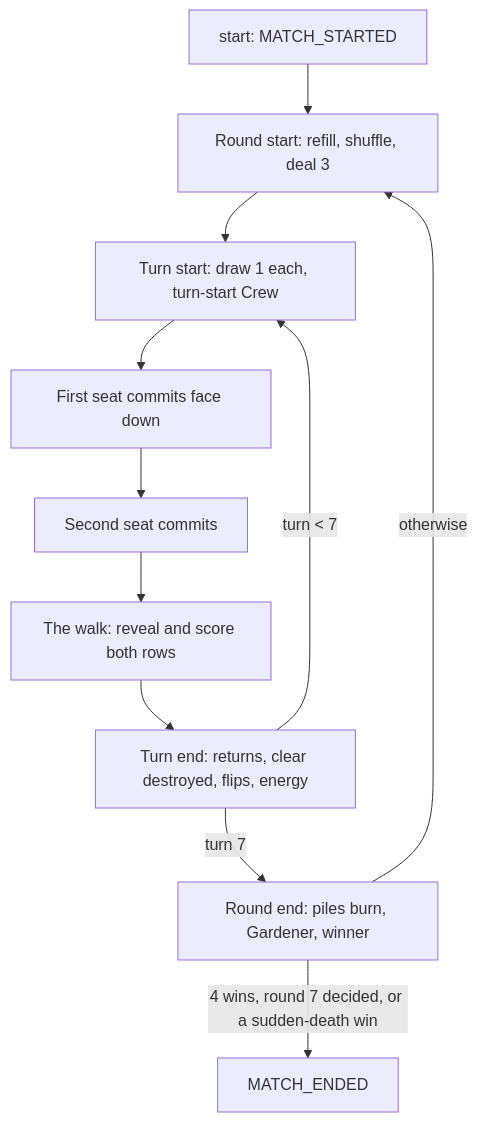
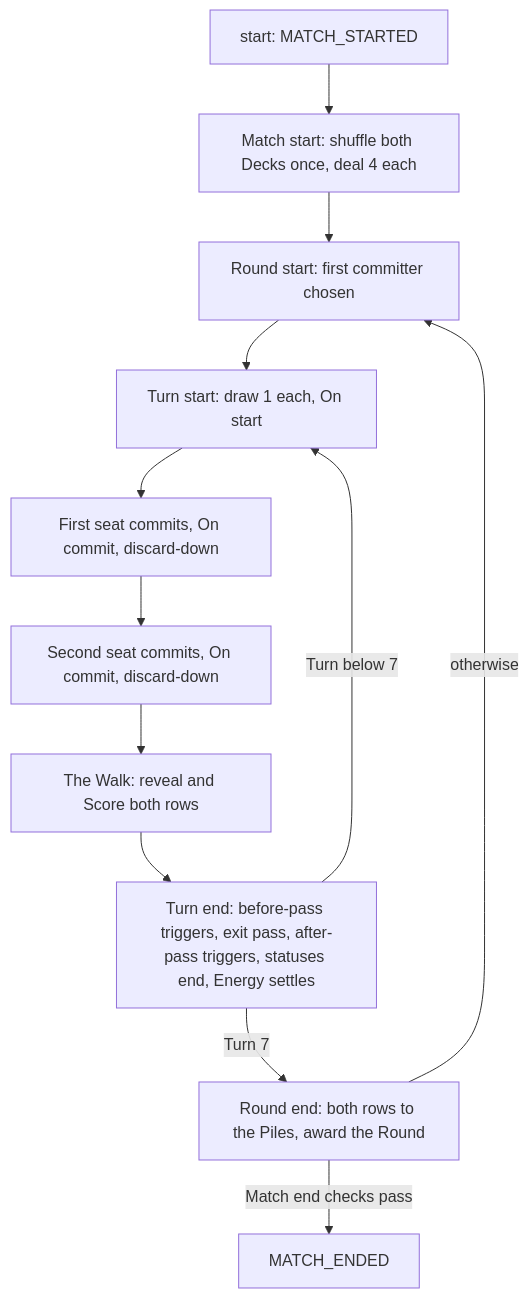
One commit to bknize/midnightearth changed the first of 2 diagrams in docs/systems/game-loop.md. Above: the diagram before and after it, drawn with Mermaid. The commit also changed other lines of this file and 8 other files, not shown here.

````diff
--- a/docs/systems/game-loop.md
+++ b/docs/systems/game-loop.md
@@ -34,13 +36,14 @@
 ```mermaid
 flowchart TD
-    S[start: MATCH_STARTED] --> R[Round start: refill, shuffle, deal 3]
-    R --> T[Turn start: draw 1 each, turn-start Crew]
-    T --> C1[First seat commits face down]
-    C1 --> C2[Second seat commits]
-    C2 --> W[The walk: reveal and score both rows]
-    W --> E[Turn end: returns, clear destroyed, flips, energy]
-    E -->|turn < 7| T
-    E -->|turn 7| RE[Round end: piles burn, Gardener, winner]
-    RE -->|4 wins, round 7 decided, or a sudden-death win| M[MATCH_ENDED]
+    S[start: MATCH_STARTED] --> M[Match start: shuffle both Decks once, deal 4 each]
+    M --> R[Round start: first committer chosen]
+    R --> T[Turn start: draw 1 each, On start]
+    T --> C1[First seat commits, On commit, discard-down]
+    C1 --> C2[Second seat commits, On commit, discard-down]
+    C2 --> W[The Walk: reveal and Score both rows]
+    W --> E[Turn end: before-pass triggers, exit pass, after-pass triggers, statuses end, Energy settles]
+    E -->|Turn below 7| T
+    E -->|Turn 7| RE[Round end: both rows to the Piles, award the Round]
+    RE -->|Match end checks pass| MO[MATCH_ENDED]
     RE -->|otherwise| R
 ```
````
